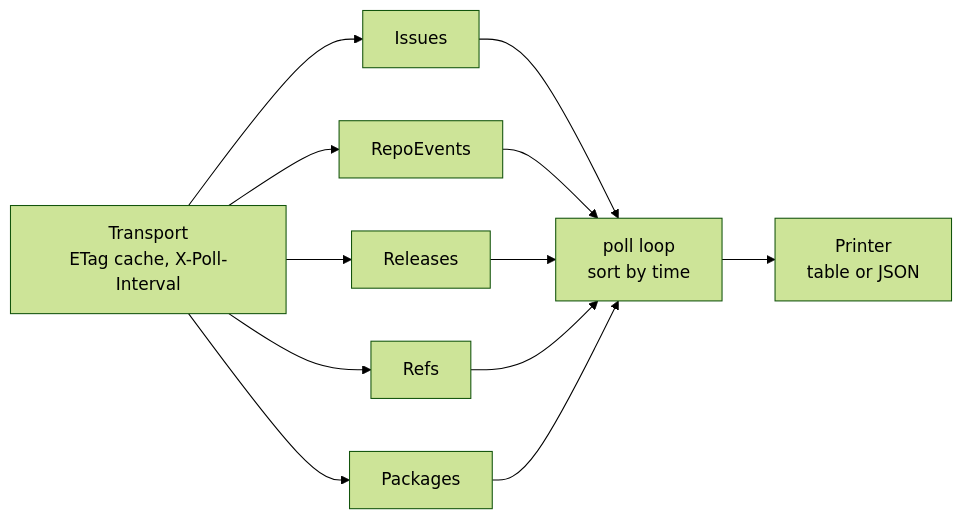
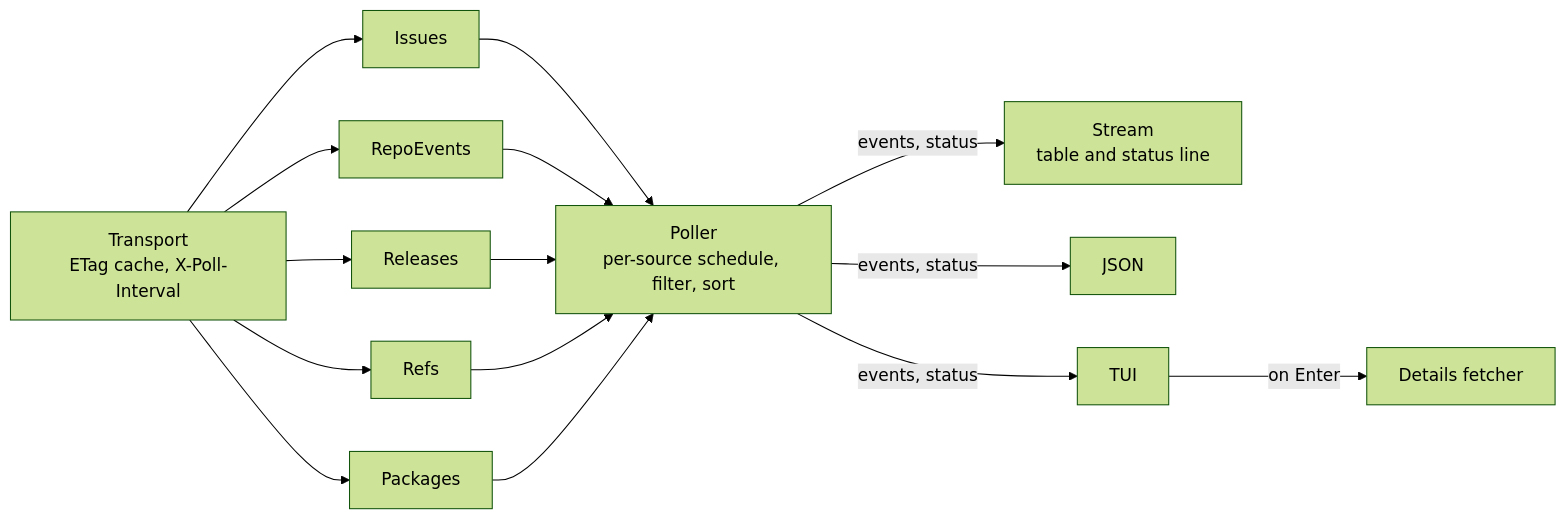
The diagram in README.md (KimNorgaard/gh-tail), drawn with Mermaid (forest theme) before and after one commit. The commit also changed other lines of this file and 17 other files, not shown here.

````diff
--- a/README.md
+++ b/README.md
@@ -133,6 +158,7 @@
 ```mermaid
 flowchart LR
     T[Transport<br/>ETag cache, X-Poll-Interval] --> I[Issues] & E[RepoEvents] & R[Releases] & F[Refs] & P[Packages]
-    I & E & R & F & P --> L[poll loop<br/>sort by time]
-    L --> O[Printer<br/>table or JSON]
+    I & E & R & F & P --> L[Poller<br/>per-source schedule, filter, sort]
+    L -- events, status --> S[Stream<br/>table and status line] & J[JSON] & U[TUI]
+    U -- on Enter --> D[Details fetcher]
 ```
````
